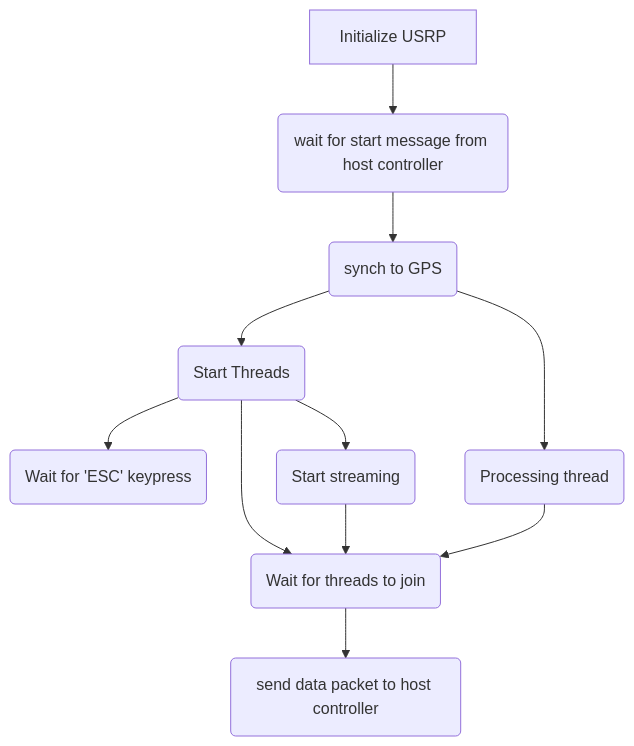
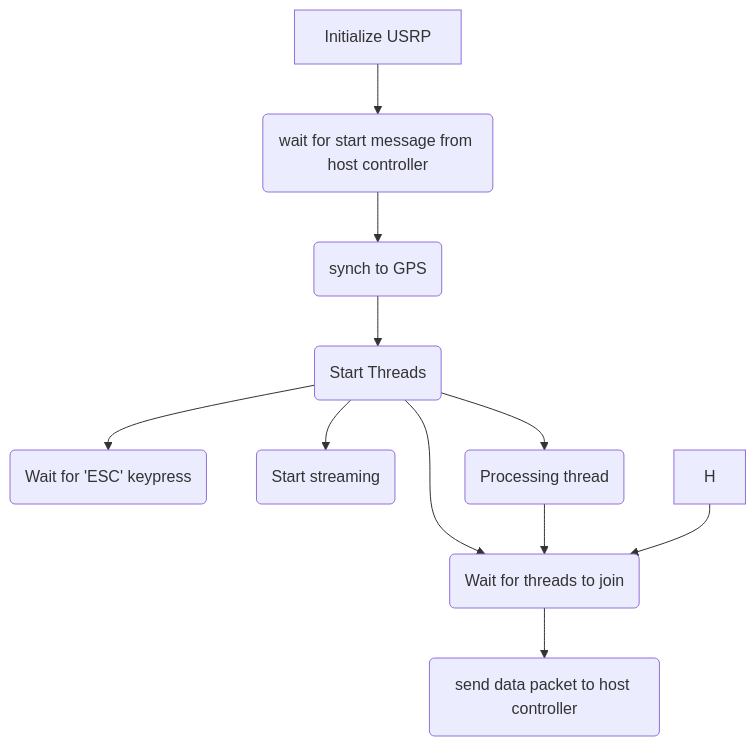
Before and after one commit to joey-public/WES207CapstoneProject: the diagram in dsp/src/README.md, drawn with Mermaid.

````diff
--- a/dsp/src/README.md
+++ b/dsp/src/README.md
@@ -18,13 +18,13 @@
 ```mermaid
 graph TD
 A[Initialize USRP] --> B(wait for start message from host controller)
 B --> C(synch to GPS)
 C --> D(Start Threads)
 D --> E(Wait for 'ESC' keypress)
-D --> G(Start streaming)
-C --> H(Processing thread)
+D --> F(Start streaming)
+D --> G(Processing thread)
 D --> I(Wait for threads to join)
 G --> I
 H --> I
 I --> J(send data packet to host controller)
 ```
````
